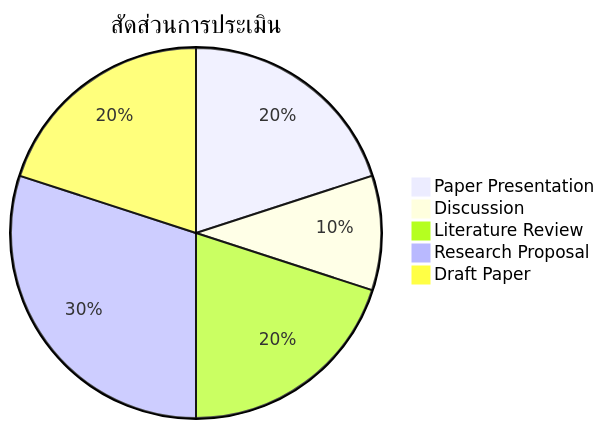
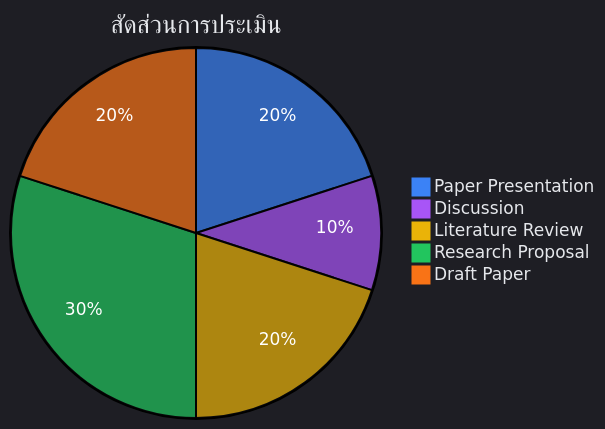
One commit to nutthakorn7/kmutnb-fte-portfolio changed the diagram in teaching-plans/020527113_seminar.md. Above: the diagram before and after it, drawn with Mermaid. The commit also changed 5 other files, not shown here.

Commit message:
Unify dark theme: bright Mermaid colors across all pages (README, research plan, 4 teaching plans)

````diff
--- a/teaching-plans/020527113_seminar.md
+++ b/teaching-plans/020527113_seminar.md
@@ -61,8 +61,9 @@
 ```mermaid
+%%{init: {'theme': 'dark', 'themeVariables': {'pie1': '#3b82f6', 'pie2': '#a855f7', 'pie3': '#eab308', 'pie4': '#22c55e', 'pie5': '#f97316', 'pieTitleTextColor': '#e5e7eb', 'pieSectionTextColor': '#fff', 'pieLegendTextColor': '#e5e7eb'}}}%%
 pie title สัดส่วนการประเมิน
     "Paper Presentation" : 20
     "Discussion" : 10
     "Literature Review" : 20
     "Research Proposal" : 30
     "Draft Paper" : 20
 ```
````
